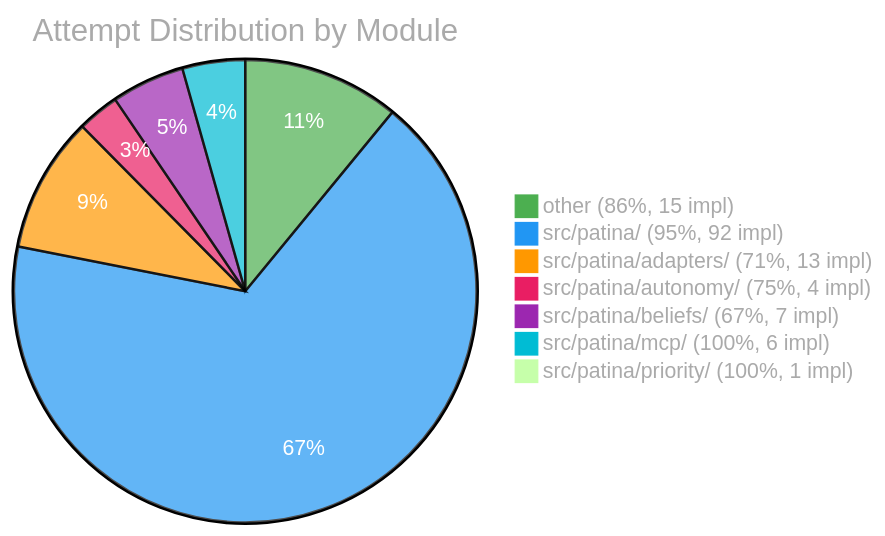
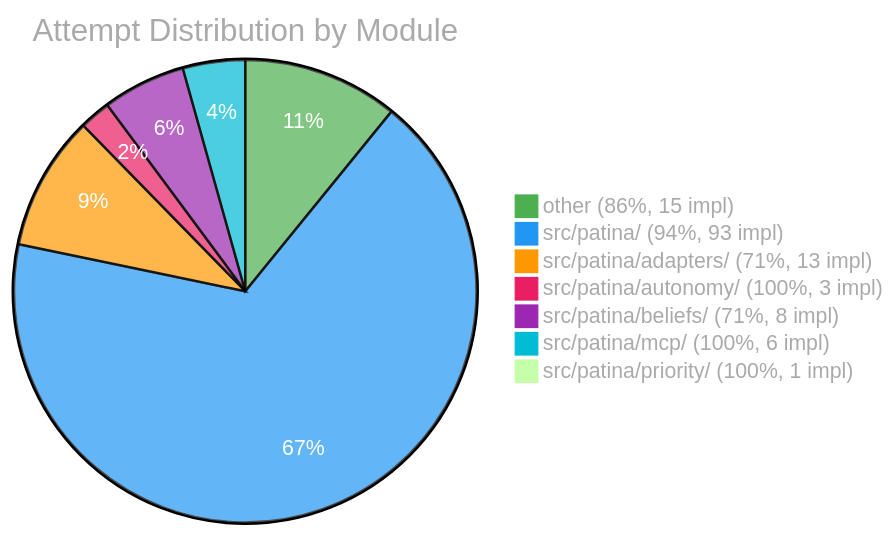
One commit to Sanctum-Origo-Systems/patina changed the third of 3 diagrams in EVAL.md. Above: the diagram before and after it, drawn with Mermaid. The commit also changed other lines of this file and 1 other file, not shown here.

````diff
--- a/EVAL.md
+++ b/EVAL.md
@@ -122,11 +122,11 @@
 ```mermaid
 %%{init: {'theme': 'base', 'themeVariables': {'pie1': '#4CAF50', 'pie2': '#2196F3', 'pie3': '#FF9800', 'pie4': '#E91E63', 'pie5': '#9C27B0', 'pie6': '#00BCD4', 'pieTitleTextColor': '#aaa', 'pieLegendTextColor': '#aaa', 'pieSectionTextColor': '#fff'}}}%%
 pie title Attempt Distribution by Module
     "other (86%, 15 impl)" : 15
-    "src/patina/ (95%, 92 impl)" : 92
+    "src/patina/ (94%, 93 impl)" : 93
     "src/patina/adapters/ (71%, 13 impl)" : 13
-    "src/patina/autonomy/ (75%, 4 impl)" : 4
-    "src/patina/beliefs/ (67%, 7 impl)" : 7
+    "src/patina/autonomy/ (100%, 3 impl)" : 3
+    "src/patina/beliefs/ (71%, 8 impl)" : 8
     "src/patina/mcp/ (100%, 6 impl)" : 6
     "src/patina/priority/ (100%, 1 impl)" : 1
 ```
````
